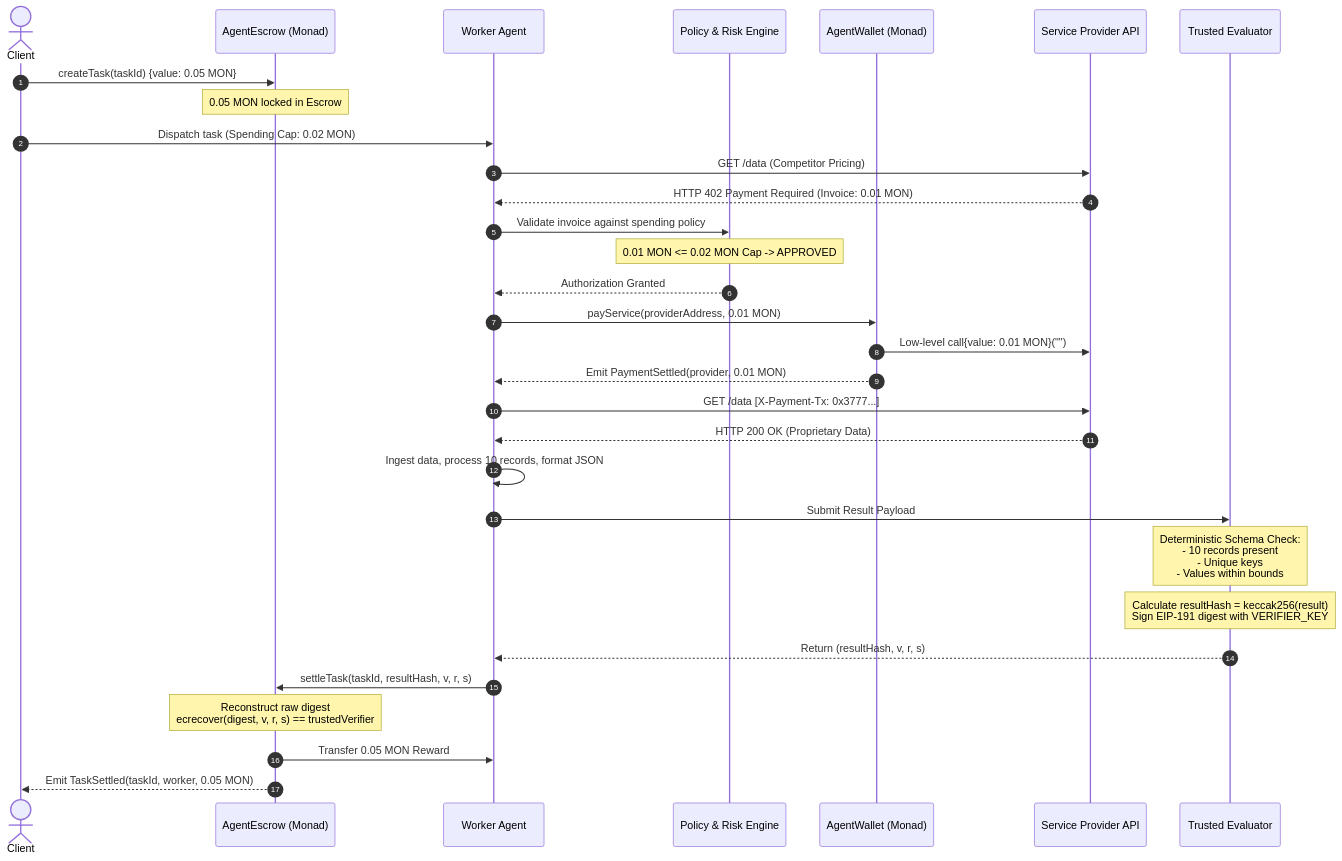
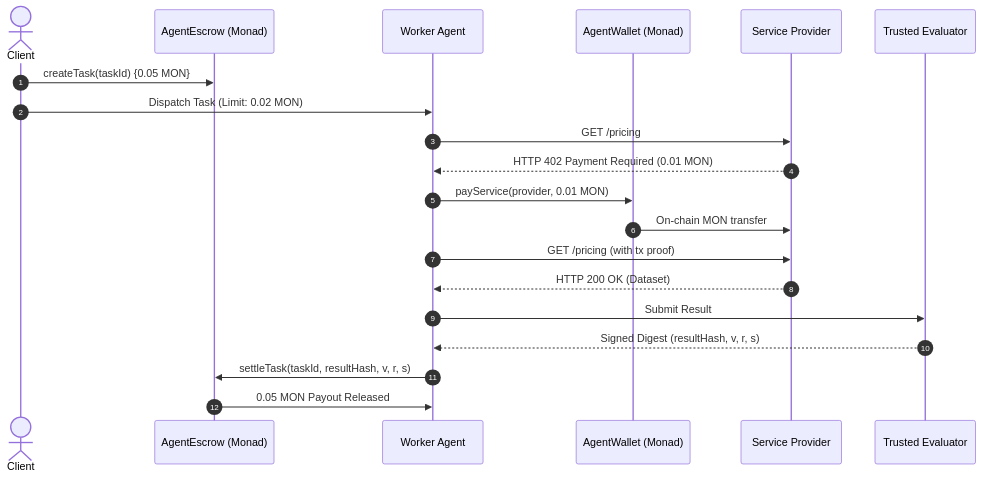
The second of 2 diagrams in README.md (Aaryan-Sharma-5/AgentProof), drawn with Mermaid before and after one commit. The commit also changed other lines of this file, not shown here.

````diff
--- a/README.md
+++ b/README.md
@@ -639,42 +257,23 @@
 ```mermaid
 sequenceDiagram
     autonumber
-    actor User as Client
+    actor Client
     participant Escrow as AgentEscrow (Monad)
     participant Worker as Worker Agent
-    participant Policy as Policy & Risk Engine
     participant Wallet as AgentWallet (Monad)
-    participant Provider as Service Provider API
+    participant Provider as Service Provider
     participant Evaluator as Trusted Evaluator
 
-    User->>Escrow: createTask(taskId) {value: 0.05 MON}
-    Note over Escrow: 0.05 MON locked in Escrow
-
-    User->>Worker: Dispatch task (Spending Cap: 0.02 MON)
-    Worker->>Provider: GET /data (Competitor Pricing)
-    Provider-->>Worker: HTTP 402 Payment Required (Invoice: 0.01 MON)
-
-    Worker->>Policy: Validate invoice against spending policy
-    Note over Policy: 0.01 MON <= 0.02 MON Cap -> APPROVED
-    Policy-->>Worker: Authorization Granted
-
-    Worker->>Wallet: payService(providerAddress, 0.01 MON)
-    Wallet->>Provider: Low-level call{value: 0.01 MON}("")
-    Wallet-->>Worker: Emit PaymentSettled(provider, 0.01 MON)
-
-    Worker->>Provider: GET /data [X-Payment-Tx: 0x3777...]
-    Provider-->>Worker: HTTP 200 OK (Proprietary Data)
-
-    Worker->>Worker: Ingest data, process 10 records, format JSON
-    Worker->>Evaluator: Submit Result Payload
-
-    Note over Evaluator: Deterministic Schema Check:<br/>- 10 records present<br/>- Unique keys<br/>- Values within bounds
-    Note over Evaluator: Calculate resultHash = keccak256(result)<br/>Sign EIP-191 digest with VERIFIER_KEY
-
-    Evaluator-->>Worker: Return (resultHash, v, r, s)
+    Client->>Escrow: createTask(taskId) {0.05 MON}
+    Client->>Worker: Dispatch Task (Limit: 0.02 MON)
+    Worker->>Provider: GET /pricing
+    Provider-->>Worker: HTTP 402 Payment Required (0.01 MON)
+    Worker->>Wallet: payService(provider, 0.01 MON)
+    Wallet->>Provider: On-chain MON transfer
+    Worker->>Provider: GET /pricing (with tx proof)
+    Provider-->>Worker: HTTP 200 OK (Dataset)
+    Worker->>Evaluator: Submit Result
+    Evaluator-->>Worker: Signed Digest (resultHash, v, r, s)
     Worker->>Escrow: settleTask(taskId, resultHash, v, r, s)
-
-    Note over Escrow: Reconstruct raw digest<br/>ecrecover(digest, v, r, s) == trustedVerifier
-    Escrow->>Worker: Transfer 0.05 MON Reward
-    Escrow-->>User: Emit TaskSettled(taskId, worker, 0.05 MON)
+    Escrow->>Worker: 0.05 MON Payout Released
 ```
````
